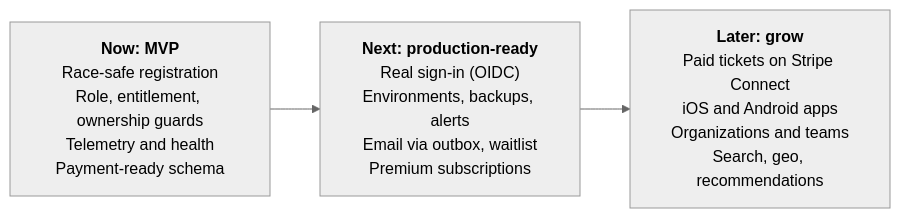
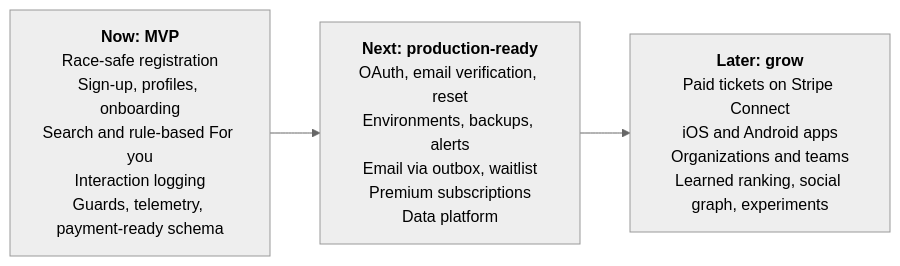
Before and after one commit to khanovico/gatherly: the first of 2 diagrams in docs/roadmap.md, drawn with Mermaid (neutral theme). The commit also changed other lines of this file and 7 other files, not shown here.

First line of the commit message:
docs: personalization, sign-up and data collection

````diff
--- a/docs/roadmap.md
+++ b/docs/roadmap.md
@@ -5,7 +5,7 @@
 ```mermaid
 flowchart LR
-  now["<b>Now: MVP</b><br/>Race-safe registration<br/>Role, entitlement, ownership guards<br/>Telemetry and health<br/>Payment-ready schema"]
-  next["<b>Next: production-ready</b><br/>Real sign-in (OIDC)<br/>Environments, backups, alerts<br/>Email via outbox, waitlist<br/>Premium subscriptions"]
-  later["<b>Later: grow</b><br/>Paid tickets on Stripe Connect<br/>iOS and Android apps<br/>Organizations and teams<br/>Search, geo, recommendations"]
+  now["<b>Now: MVP</b><br/>Race-safe registration<br/>Sign-up, profiles, onboarding<br/>Search and rule-based For you<br/>Interaction logging<br/>Guards, telemetry, payment-ready schema"]
+  next["<b>Next: production-ready</b><br/>OAuth, email verification, reset<br/>Environments, backups, alerts<br/>Email via outbox, waitlist<br/>Premium subscriptions<br/>Data platform"]
+  later["<b>Later: grow</b><br/>Paid tickets on Stripe Connect<br/>iOS and Android apps<br/>Organizations and teams<br/>Learned ranking, social graph, experiments"]
   now --> next --> later
 ```
````
